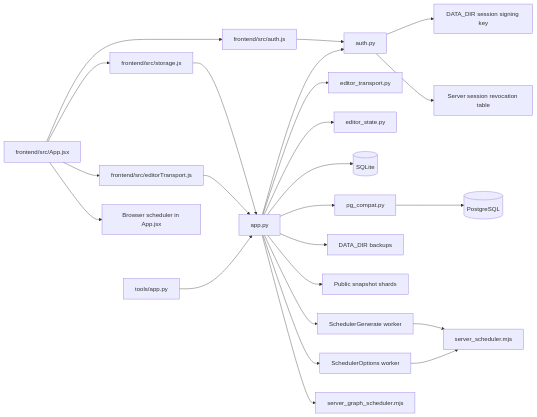
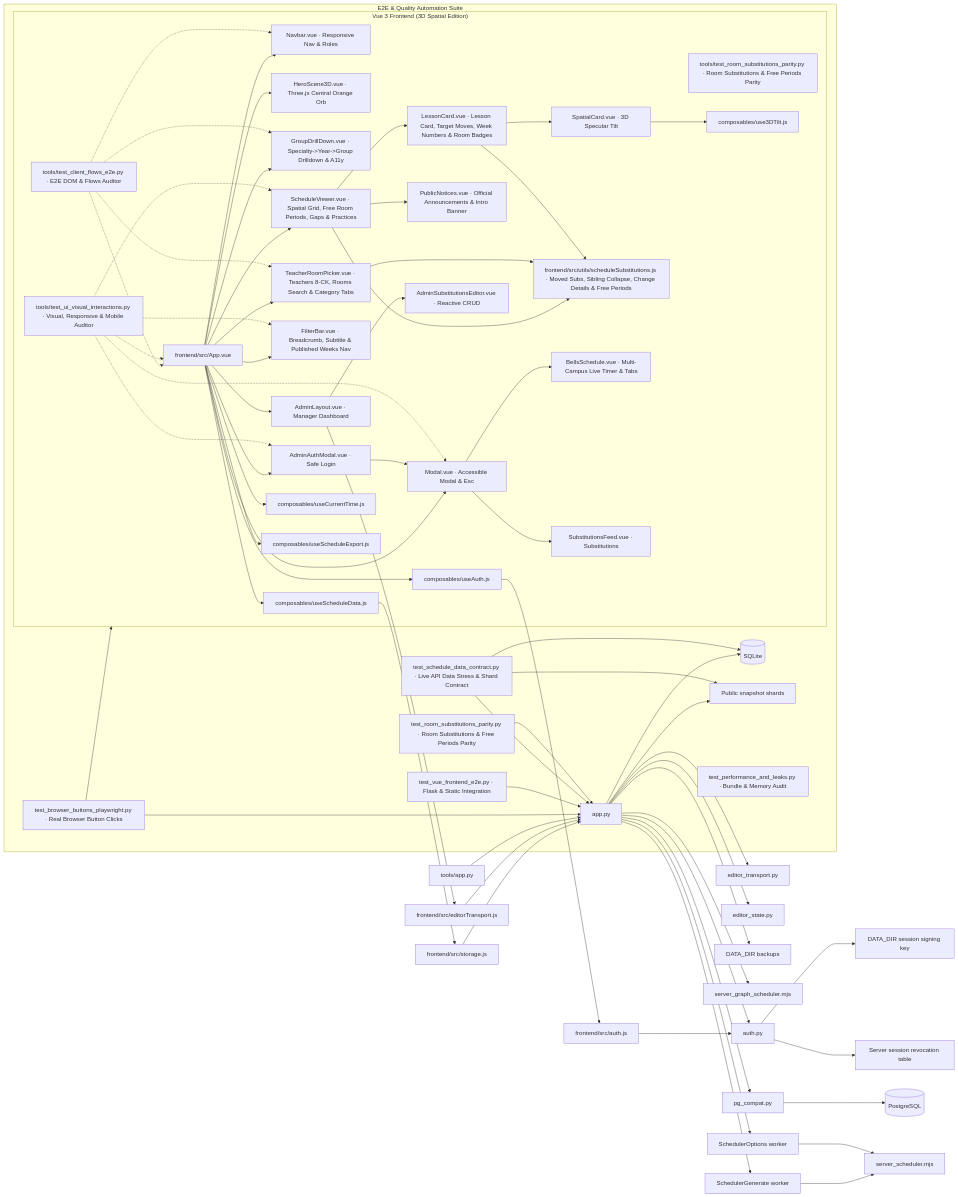
Before and after one commit to nikkhl0358-max/time: the first of 7 diagrams in docs/UML.md, drawn with Mermaid. The commit also changed other lines of this file and 47 other files, not shown here.

````diff
--- a/docs/UML.md
+++ b/docs/UML.md
@@ -7,8 +7,67 @@
 ```mermaid
 flowchart LR
-    Browser[frontend/src/App.jsx] --> AuthClient[frontend/src/auth.js]
-    Browser --> StorageClient[frontend/src/storage.js]
-    Browser --> EditorClient[frontend/src/editorTransport.js]
+    subgraph Frontend["Vue 3 Frontend (3D Spatial Edition)"]
+        App[frontend/src/App.vue]
+        Navbar[Navbar.vue · Responsive Nav & Roles]
+        Hero[HeroScene3D.vue · Three.js Central Orange Orb]
+        DrillDown[GroupDrillDown.vue · Specialty->Year->Group Drilldown & A11y]
+        EntityPicker[TeacherRoomPicker.vue · Teachers 8-CK, Rooms Search & Category Tabs]
+        Viewer[ScheduleViewer.vue · Spatial Grid, Free Room Periods, Gaps & Practices]
+        Card[LessonCard.vue · Lesson Card, Target Moves, Week Numbers & Room Badges]
+        SpatialCard[SpatialCard.vue · 3D Specular Tilt]
+        Filter[FilterBar.vue · Breadcrumb, Subtitle & Published Weeks Nav]
+        PublicNotices[PublicNotices.vue · Official Announcements & Intro Banner]
+        SubUtil[frontend/src/utils/scheduleSubstitutions.js · Moved Subs, Sibling Collapse, Change Details & Free Periods]
+        Modal[Modal.vue · Accessible Modal & Esc]
+        Bells[BellsSchedule.vue · Multi-Campus Live Timer & Tabs]
+        Subs[SubstitutionsFeed.vue · Substitutions]
+        AuthModal[AdminAuthModal.vue · Safe Login]
+        Admin[AdminLayout.vue · Manager Dashboard]
+        AdminSubs[AdminSubstitutionsEditor.vue · Reactive CRUD]
+        TestClientFlows[tools/test_client_flows_e2e.py · E2E DOM & Flows Auditor]
+        TestUIVisual[tools/test_ui_visual_interactions.py · Visual, Responsive & Mobile Auditor]
+        TestRoomSubs[tools/test_room_substitutions_parity.py · Room Substitutions & Free Periods Parity]
+        
+        App --> Navbar
+        App --> Hero
+        App --> DrillDown
+        App --> EntityPicker
+        App --> Viewer
+        Viewer --> Card
+        Viewer --> PublicNotices
+        Viewer --> SubUtil
+        EntityPicker --> SubUtil
+        Card --> SubUtil
+        Card --> SpatialCard
+        App --> Filter
+        App --> Modal
+        Modal --> Bells
+        Modal --> Subs
+        App --> AuthModal
+        AuthModal --> Modal
+        App --> Admin
+        Admin --> AdminSubs
+        TestClientFlows -.-> App
+        TestClientFlows -.-> DrillDown
+        TestClientFlows -.-> EntityPicker
+        TestClientFlows -.-> Navbar
+        TestUIVisual -.-> App
+        TestUIVisual -.-> Viewer
+        TestUIVisual -.-> Filter
+        TestUIVisual -.-> Modal
+        TestUIVisual -.-> AuthModal
+
+        App --> SchedComposable[composables/useScheduleData.js]
+        App --> AuthComposable[composables/useAuth.js]
+        App --> TimeComposable[composables/useCurrentTime.js]
+        App --> ExportComposable[composables/useScheduleExport.js]
+        SpatialCard --> TiltComposable[composables/use3DTilt.js]
+    end
+
+    SchedComposable --> StorageClient[frontend/src/storage.js]
+    AuthComposable --> AuthClient[frontend/src/auth.js]
+    Admin --> EditorClient[frontend/src/editorTransport.js]
+
     AuthClient --> Auth[auth.py]
     StorageClient --> API[app.py]
     EditorClient --> API
@@ -28,5 +87,19 @@
     GenWorker --> Scheduler[server_scheduler.mjs]
     OptWorker --> Scheduler
     API --> GraphScheduler[server_graph_scheduler.mjs]
-    Browser --> ClientScheduler[Browser scheduler in App.jsx]
+
+    subgraph Testing["E2E & Quality Automation Suite"]
+        PlaywrightTester["test_browser_buttons_playwright.py · Real Browser Button Clicks"]
+        PerformanceTester["test_performance_and_leaks.py · Bundle & Memory Audit"]
+        VueIntegration["test_vue_frontend_e2e.py · Flask & Static Integration"]
+        DataContractTester["test_schedule_data_contract.py · Live API Data Stress & Shard Contract"]
+        RoomSubsTester["test_room_substitutions_parity.py · Room Substitutions & Free Periods Parity"]
+        PlaywrightTester --> Frontend
+        PlaywrightTester --> API
+        VueIntegration --> API
+        DataContractTester --> API
+        DataContractTester --> SQLite
+        DataContractTester --> Public
+        RoomSubsTester --> API
+    end
 ```
````
